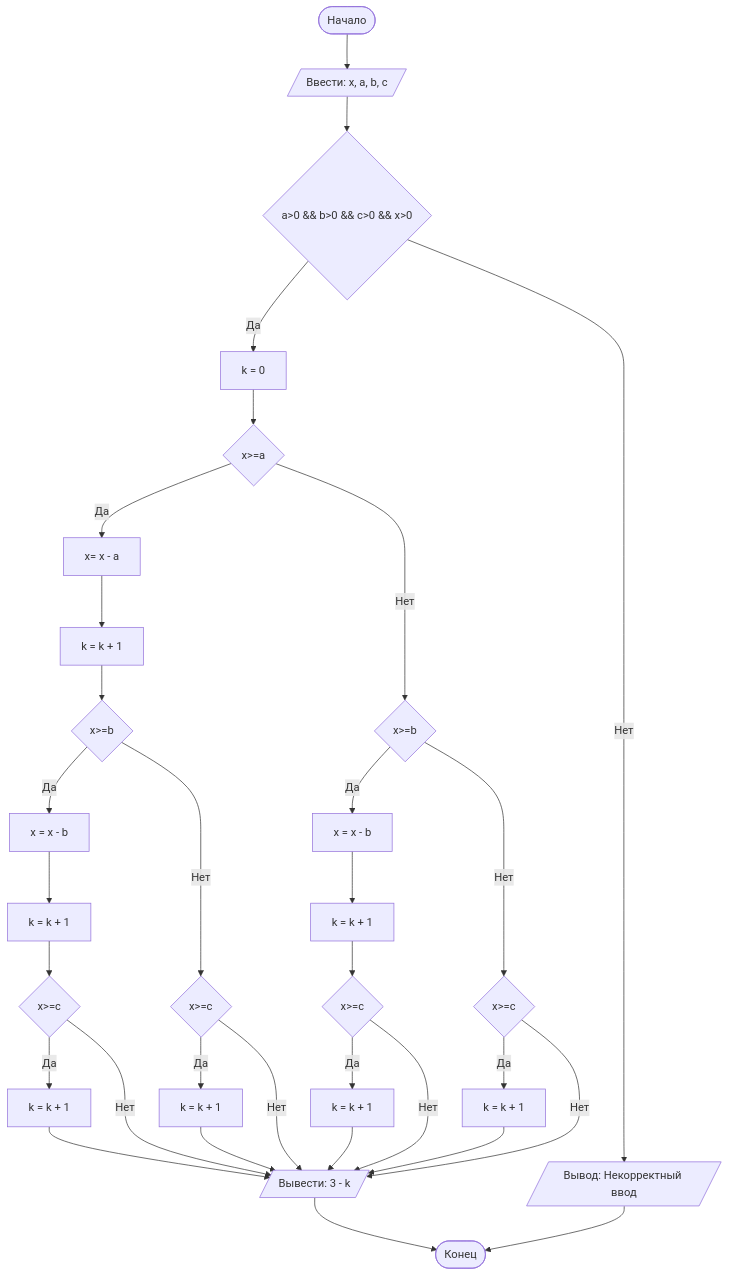
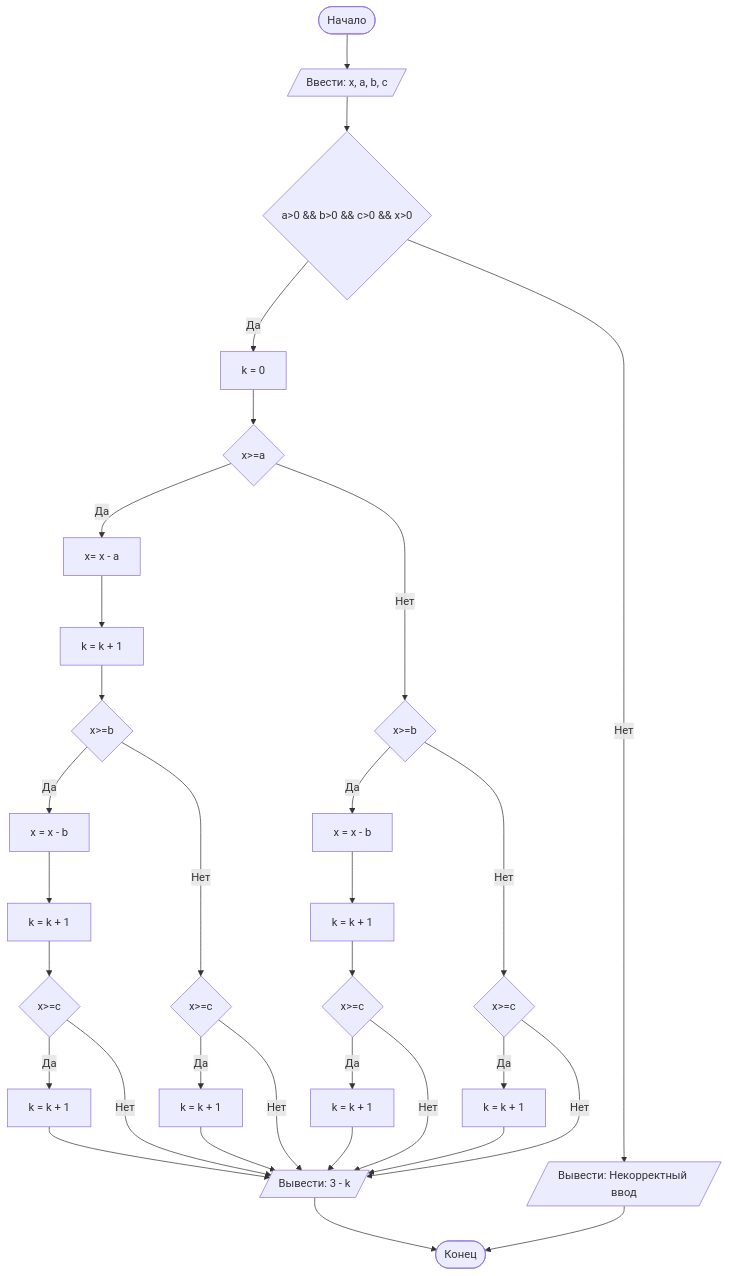
Before and after one commit to DariaVazh/Lab1: the diagram in README.md, drawn with Mermaid.

````diff
--- a/README.md
+++ b/README.md
@@ -42,36 +42,36 @@
 ```mermaid
 graph TD
 A([Начало]) --> B[/Ввести: x, a, b, c/]
 B --> qwe{a>0 && b>0 && c>0 && x>0}
 qwe --Да -->C[k = 0]
-qwe -- Нет --> fin[/ Вывод: Некорректный ввод /]
+qwe -- Нет --> fin[/ Вывести: Некорректный ввод /]
 fin --> End([Конец])
 C --> D{x>=a}
 D -- Да --> E[x= x - a]
 D -- Нет --> L{x>=b}
 E --> F[k = k + 1]
 F --> G{x>=b}
 G -- Да --> H[x = x - b]
 H --> I[k = k + 1]
 I --> uC{x>=c}
 uC -- Да --> vc[k = k + 1]
 vc --> preEnd
 uC -- Нет --> preEnd
 G -- Нет --> J{x>=c}
 J -- Да --> K[k = k + 1] 
 J -- Нет --> preEnd[/Вывести: 3 - k/]
 
 
 L -- Да --> M[x = x - b]
 M --> O[k = k + 1]
 O --> P{x>=c}
 P -- Да --> Q[k = k + 1]
 Q --> preEnd
 P -- Нет --> preEnd
 L --Нет --> R{x>=c}
 R --Да --> S[k = k + 1]
 R -- Нет --> preEnd
 S --> preEnd
 K --> preEnd
 preEnd --> End
 ``` 
````
